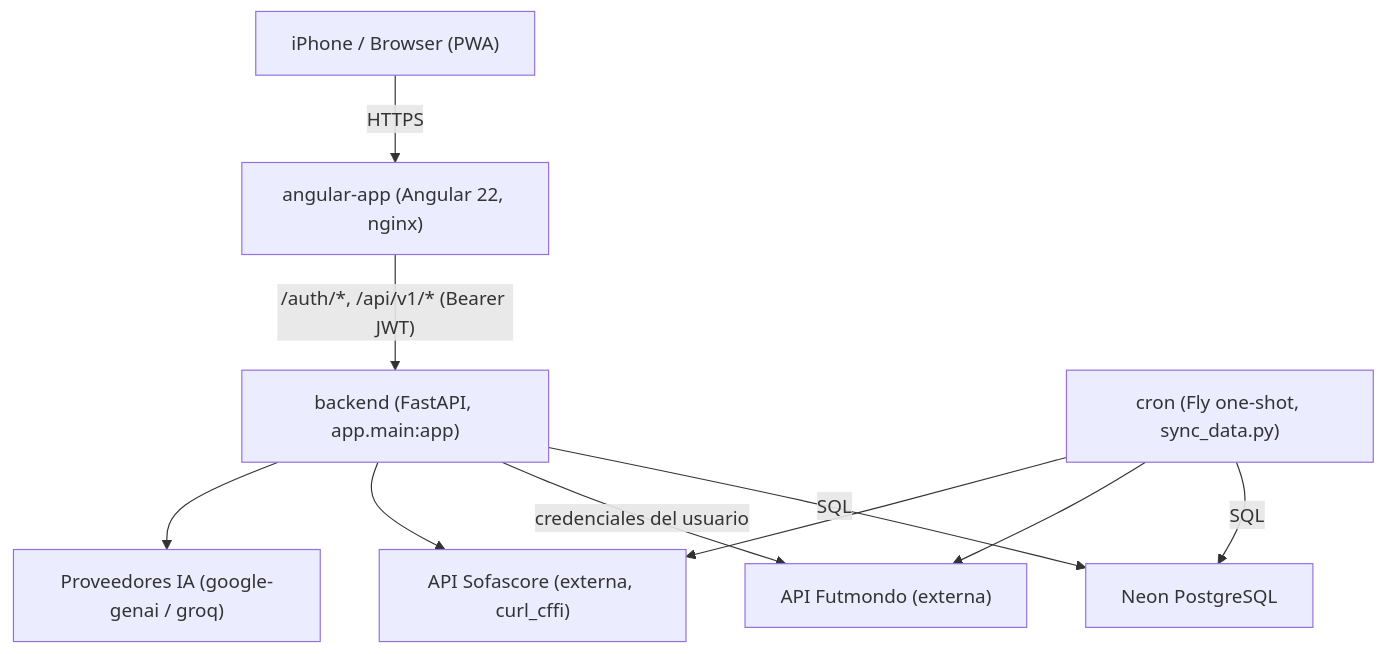
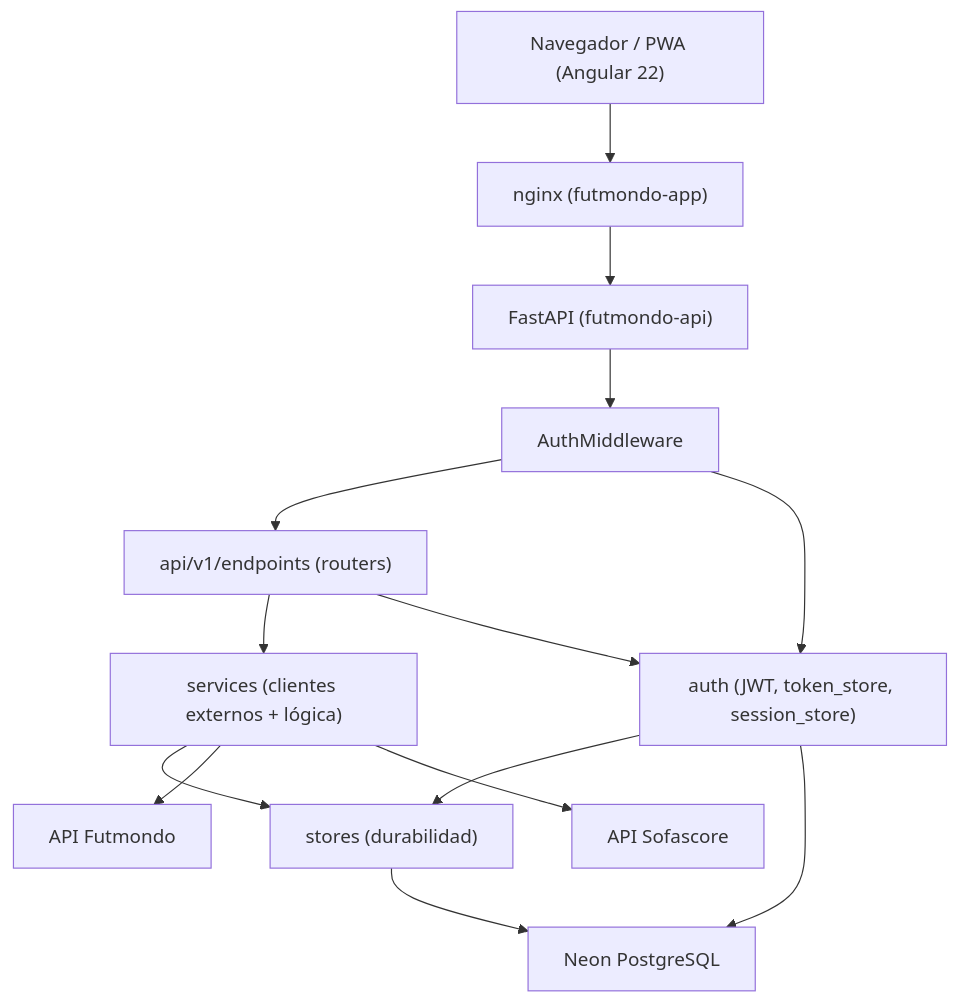
One commit to Mutinho/futmondo-analytics changed the first of 3 diagrams in aidlc/spaces/default/codekb/futmondo-analytics/architecture.md. Above: the diagram before and after it, drawn with Mermaid. The commit also changed other lines of this file and 55 other files, not shown here.

````diff
--- a/aidlc/spaces/default/codekb/futmondo-analytics/architecture.md
+++ b/aidlc/spaces/default/codekb/futmondo-analytics/architecture.md
@@ -58,21 +27,28 @@
 ```mermaid
 graph TD
-  User["iPhone / Browser (PWA)"]
-  FE["angular-app (Angular 22, nginx)"]
-  BE["backend (FastAPI, app.main:app)"]
-  DB["Neon PostgreSQL"]
-  Cron["cron (Fly one-shot, sync_data.py)"]
-  Futmondo["API Futmondo (externa)"]
-  Sofascore["API Sofascore (externa, curl_cffi)"]
-  IA["Proveedores IA (google-genai / groq)"]
+    Browser["Navegador / PWA (Angular 22)"]
+    Nginx["nginx (futmondo-app)"]
+    API["FastAPI (futmondo-api)"]
+    MW["AuthMiddleware"]
+    Auth["auth (JWT, token_store, session_store)"]
+    Endpoints["api/v1/endpoints (routers)"]
+    Services["services (clientes externos + lógica)"]
+    Stores["stores (durabilidad)"]
+    DB["Neon PostgreSQL"]
+    Futmondo["API Futmondo"]
+    Sofascore["API Sofascore"]
 
-  User -->|HTTPS| FE
-  FE -->|"/auth/*, /api/v1/* (Bearer JWT)"| BE
-  BE -->|SQL| DB
-  BE -->|"credenciales del usuario"| Futmondo
-  BE --> Sofascore
-  BE --> IA
-  Cron -->|SQL| DB
-  Cron --> Futmondo
-  Cron --> Sofascore
+    Browser --> Nginx
+    Nginx --> API
+    API --> MW
+    MW --> Endpoints
+    MW --> Auth
+    Endpoints --> Services
+    Endpoints --> Auth
+    Auth --> Stores
+    Services --> Stores
+    Stores --> DB
+    Auth --> DB
+    Services --> Futmondo
+    Services --> Sofascore
 ```
````
